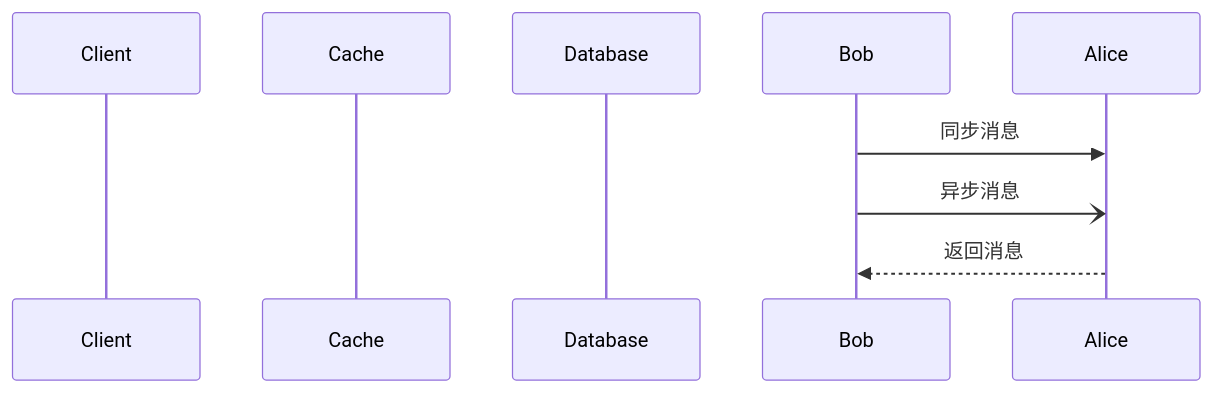
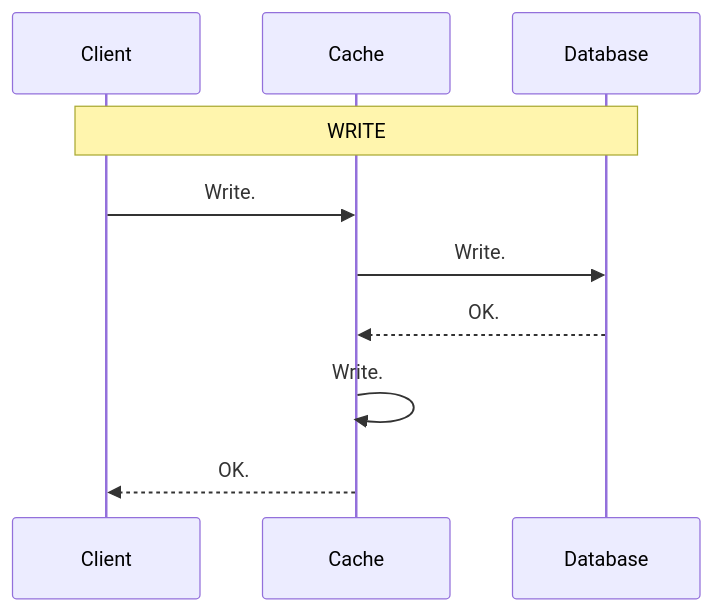
One commit to hnzhrh/obsidian-note changed the sixth of 9 diagrams in permanent-notes/redis/数据库和缓存如何保持数据一致性？.md. Above: the diagram before and after it, drawn with Mermaid. The commit also changed other lines of this file and 39 other files, not shown here.

````diff
--- a/permanent-notes/redis/数据库和缓存如何保持数据一致性？.md
+++ b/permanent-notes/redis/数据库和缓存如何保持数据一致性？.md
@@ -17,14 +164,13 @@
 ```mermaid
 sequenceDiagram
+    participant Client
+    participant Cache
+    participant Database
 
-participant Client 
-participant Cache
-participant Database
-
-
-
-Bob ->> Alice: 同步消息
-Bob -) Alice: 异步消息
-Alice -->> Bob: 返回消息
-
+	Note over Client,Database: WRITE
+	Client ->> Cache: Write.
+	Cache ->> Database: Write.
+	Database -->> Cache: OK.
+	Cache ->> Cache: Write.
+	Cache -->> Client: OK.
 ```
````
